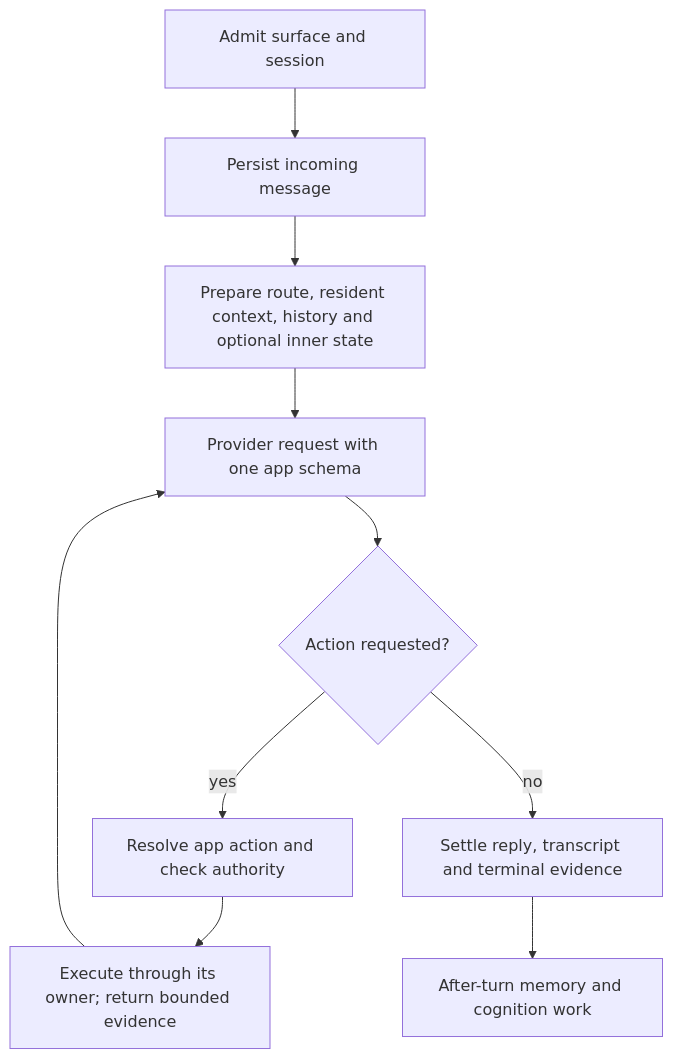
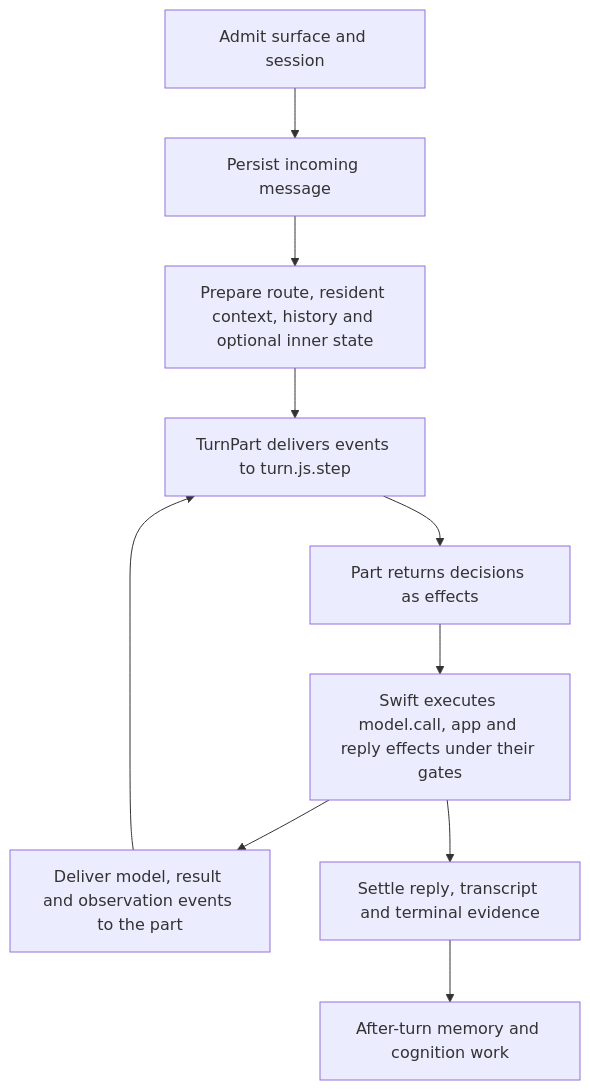
One commit to embwl0x/native-agent changed the diagram in docs/ANATOMY_OF_A_TURN.md. Above: the diagram before and after it, drawn with Mermaid. The commit also changed other lines of this file and 1712 other files, not shown here.

````diff
--- a/docs/ANATOMY_OF_A_TURN.md
+++ b/docs/ANATOMY_OF_A_TURN.md
@@ -22,12 +24,12 @@
 ```mermaid
 flowchart TD
     A["Admit surface and session"] --> B["Persist incoming message"]
     B --> C["Prepare route, resident context, history and optional inner state"]
-    C --> D["Provider request with one app schema"]
-    D --> E{"Action requested?"}
-    E -- "yes" --> F["Resolve app action and check authority"]
-    F --> G["Execute through its owner; return bounded evidence"]
+    C --> D["TurnPart delivers events to turn.js.step"]
+    D --> E["Part returns decisions as effects"]
+    E --> F["Swift executes model.call, app and reply effects under their gates"]
+    F --> G["Deliver model, result and observation events to the part"]
     G --> D
-    E -- "no" --> H["Settle reply, transcript and terminal evidence"]
+    F --> H["Settle reply, transcript and terminal evidence"]
     H --> I["After-turn memory and cognition work"]
 ```
````
